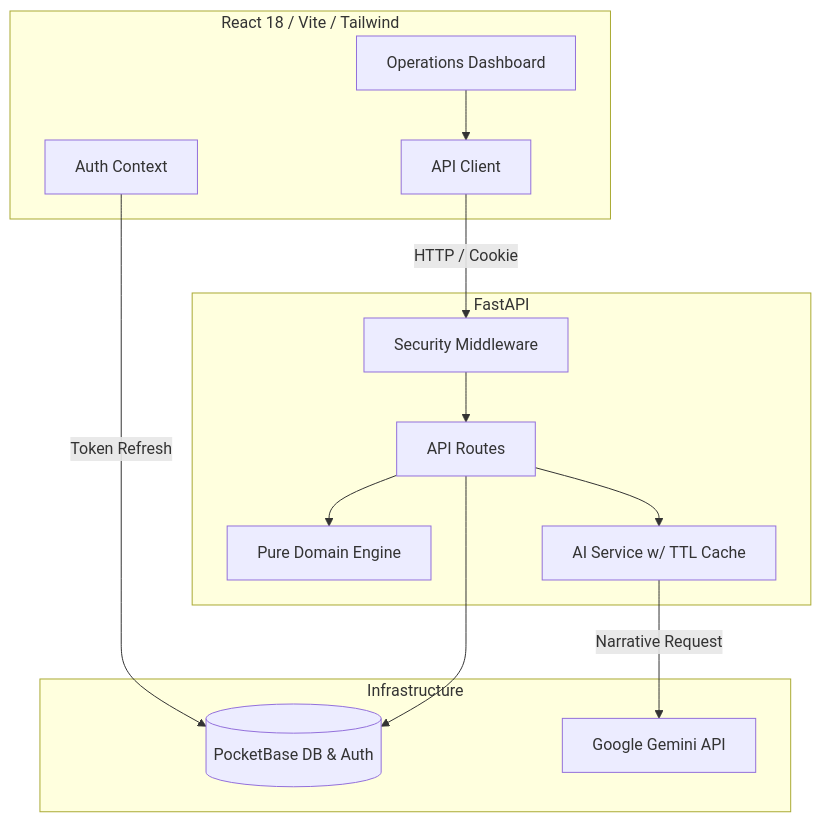
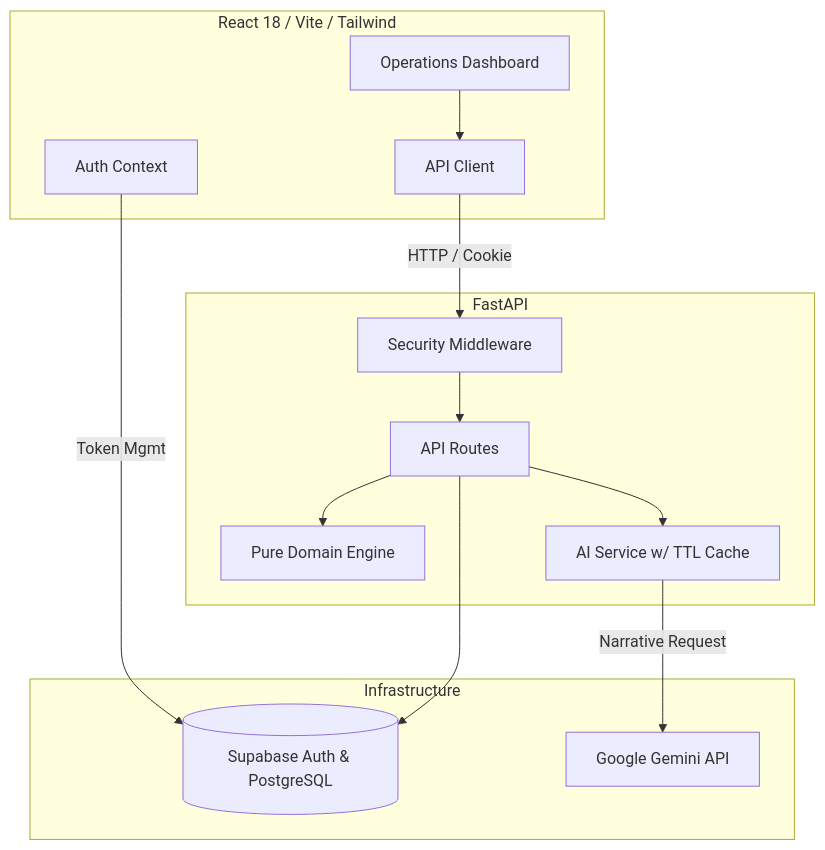
Before and after one commit to Harshit-925/StadiumIQ: the diagram in README.md, drawn with Mermaid. The commit also changed other lines of this file, not shown here.

Commit message:
docs: Update README to reflect Supabase migration and Render/Vercel architecture

````diff
--- a/README.md
+++ b/README.md
@@ -80,29 +80,29 @@
 ```mermaid
 graph TD
     subgraph Frontend [React 18 / Vite / Tailwind]
         UI[Operations Dashboard]
         Auth[Auth Context]
         API_Client[API Client]
     end
 
     subgraph Backend [FastAPI]
         Routes[API Routes]
         Engine[Pure Domain Engine]
         AI[AI Service w/ TTL Cache]
         Sec[Security Middleware]
     end
 
     subgraph Infrastructure
-        PB[(PocketBase DB & Auth)]
+        SB[(Supabase Auth & PostgreSQL)]
         Gemini[Google Gemini API]
     end
 
     UI --> API_Client
     API_Client -->|HTTP / Cookie| Sec
     Sec --> Routes
     Routes --> Engine
     Routes --> AI
-    Routes --> PB
+    Routes --> SB
     AI -->|Narrative Request| Gemini
-    Auth -->|Token Refresh| PB
+    Auth -->|Token Mgmt| SB
 ```
````
